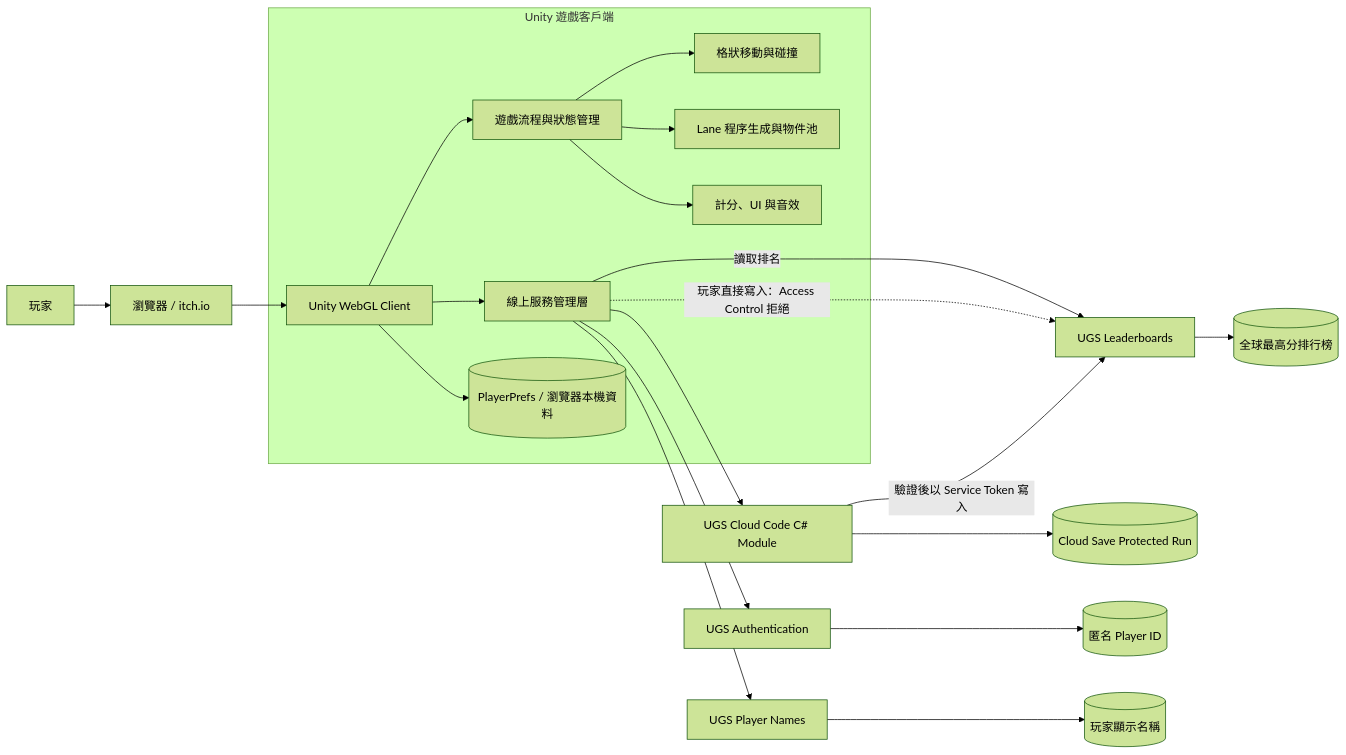
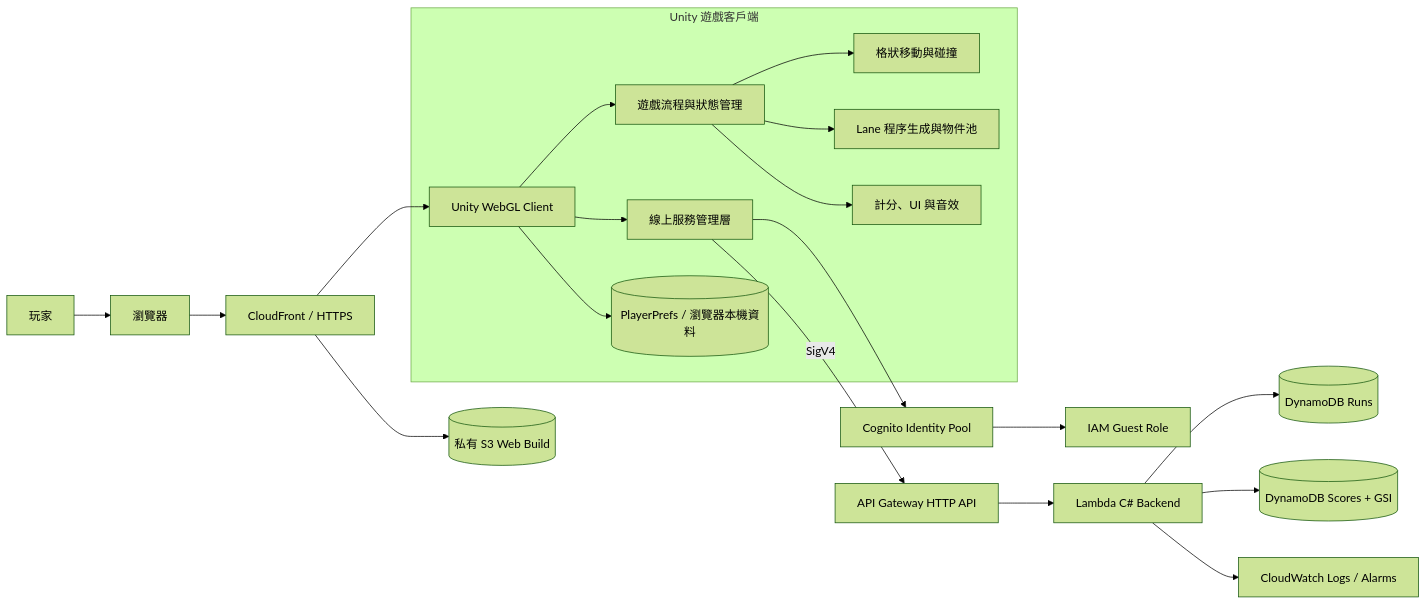
The diagram in README.md (789jacobis/CrossyGame), drawn with Mermaid (forest theme) before and after one commit. The commit also changed other lines of this file and 41 other files, not shown here.

````diff
--- a/README.md
+++ b/README.md
@@ -87,27 +90,24 @@
 ```mermaid
 flowchart LR
-    Player[玩家] --> Browser[瀏覽器 / itch.io]
-    Browser --> Client[Unity WebGL Client]
+    Player[玩家] --> Browser[瀏覽器]
+    Browser --> CDN[CloudFront / HTTPS]
+    CDN --> Bucket[(私有 S3 Web Build)]
+    CDN --> Client[Unity WebGL Client]
 
     subgraph UnityClient[Unity 遊戲客戶端]
         Client --> Game[遊戲流程與狀態管理]
         Game --> Movement[格狀移動與碰撞]
         Game --> World[Lane 程序生成與物件池]
         Game --> Score[計分、UI 與音效]
         Client --> Online[線上服務管理層]
         Client --> Local[(PlayerPrefs / 瀏覽器本機資料)]
     end
 
-    Online --> Auth[UGS Authentication]
-    Online --> Names[UGS Player Names]
-    Online --> CloudCode[UGS Cloud Code C# Module]
-    Online -->|讀取排名| Board[UGS Leaderboards]
-    Online -.->|玩家直接寫入：Access Control 拒絕| Board
-
-    CloudCode --> Runs[(Cloud Save Protected Run)]
-    CloudCode -->|驗證後以 Service Token 寫入| Board
-
-    Auth --> Identity[(匿名 Player ID)]
-    Names --> Profile[(玩家顯示名稱)]
-    Board --> Ranking[(全球最高分排行榜)]
+    Online --> Cognito[Cognito Identity Pool]
+    Cognito --> Role[IAM Guest Role]
+    Online -->|SigV4| API[API Gateway HTTP API]
+    API --> Lambda[Lambda C# Backend]
+    Lambda --> Runs[(DynamoDB Runs)]
+    Lambda --> Board[(DynamoDB Scores + GSI)]
+    Lambda --> Logs[CloudWatch Logs / Alarms]
 ```
````
